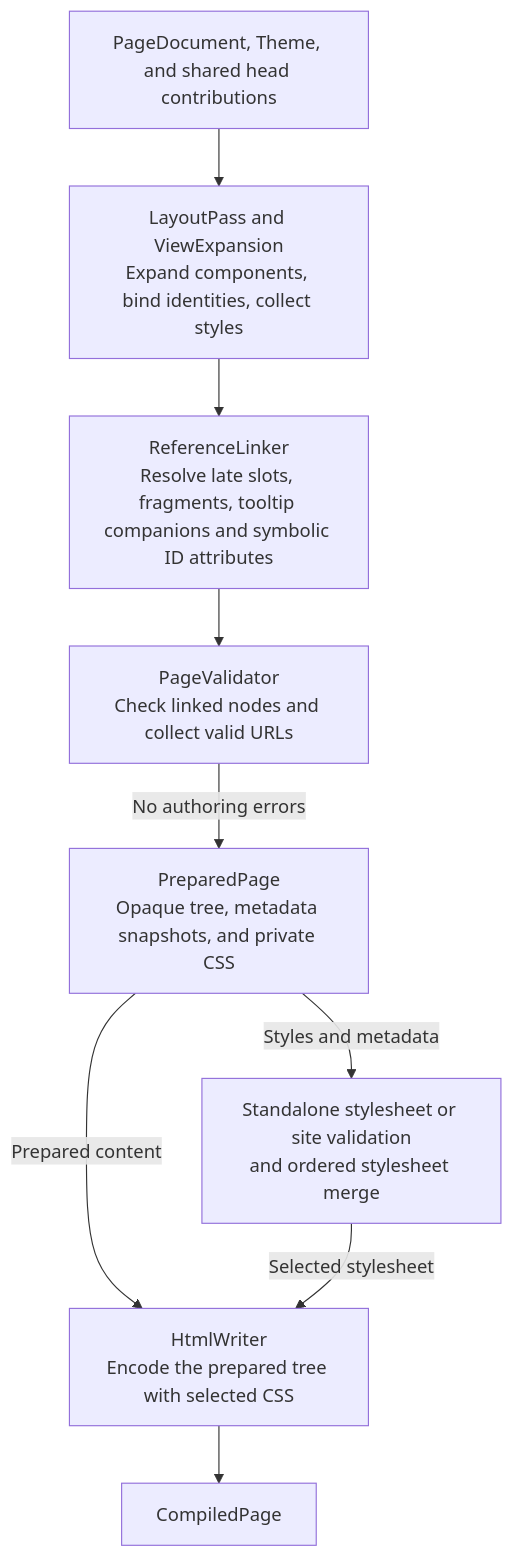
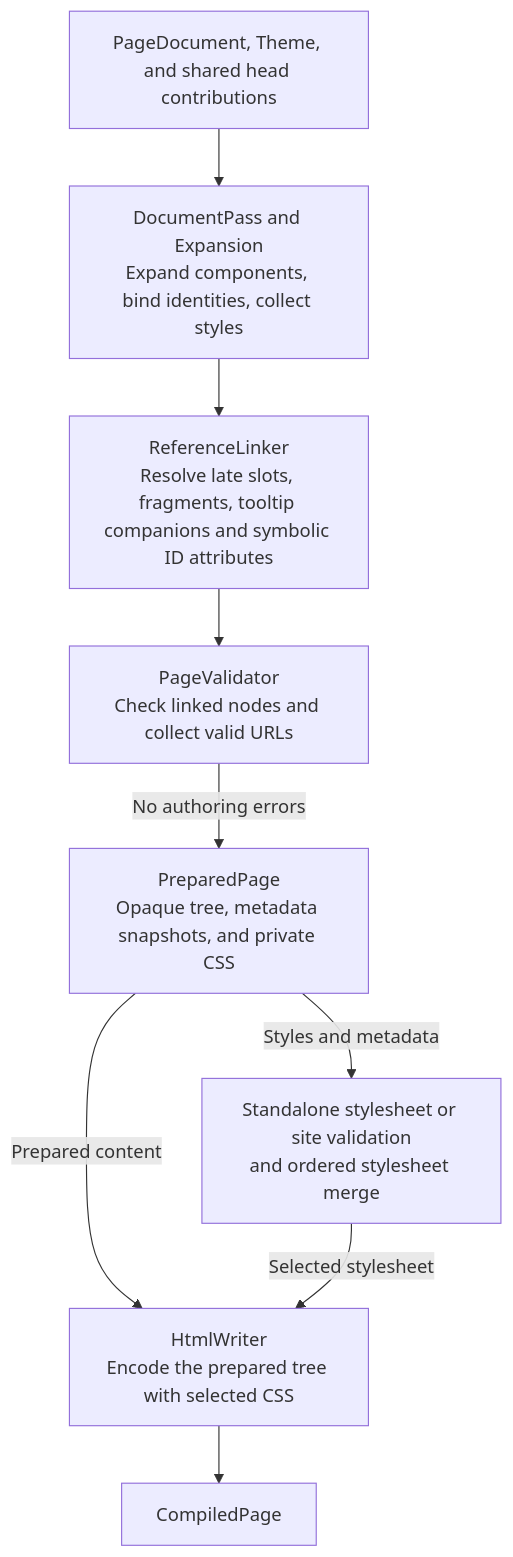
One commit to thiagogcm/tessera changed the fourth of 6 diagrams in docs/architecture.md. Above: the diagram before and after it, drawn with Mermaid. The commit also changed other lines of this file and 136 other files, not shown here.

````diff
--- a/docs/architecture.md
+++ b/docs/architecture.md
@@ -140,18 +140,18 @@
 ```mermaid
 flowchart TD
     Input["PageDocument, Theme, and shared head contributions"]
-    Layout["LayoutPass and ViewExpansion<br/>Expand components, bind identities, collect styles"]
+    Layout["DocumentPass and Expansion<br/>Expand components, bind identities, collect styles"]
     Linker["ReferenceLinker<br/>Resolve late slots, fragments, tooltip companions and symbolic ID attributes"]
     Validator["PageValidator<br/>Check linked nodes and collect valid URLs"]
     Prepared["PreparedPage<br/>Opaque tree, metadata snapshots, and private CSS"]
     Selection["Standalone stylesheet or site validation<br/>and ordered stylesheet merge"]
     Writer["HtmlWriter<br/>Encode the prepared tree with selected CSS"]
     Output["CompiledPage"]
 
     Input --> Layout --> Linker --> Validator
     Validator -->|No authoring errors| Prepared
     Prepared -->|Prepared content| Writer
     Prepared -->|Styles and metadata| Selection
     Selection -->|Selected stylesheet| Writer
     Writer --> Output
 ```
````
